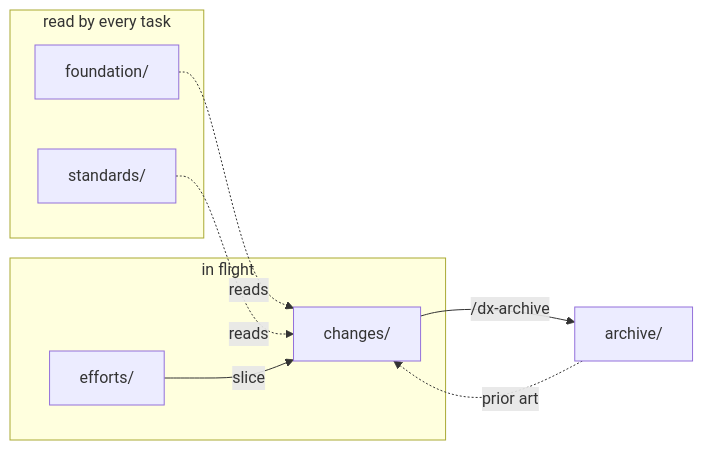
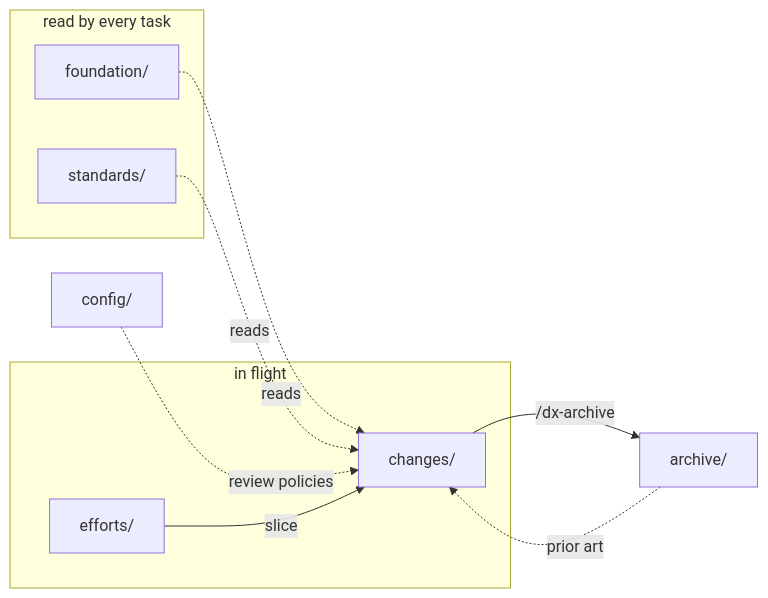
Before and after one commit to dikamilo/dx-workflow: the diagram in docs/explanation/directory-layout.md, drawn with Mermaid. The commit also changed other lines of this file and 70 other files, not shown here.

First line of the commit message:
Policy-driven review: /dx-review with built-in Policies (#25)

````diff
--- a/docs/explanation/directory-layout.md
+++ b/docs/explanation/directory-layout.md
@@ -104,17 +109,19 @@
 ```mermaid
 flowchart LR
   subgraph reference [read by every task]
     F[foundation/]
     S[standards/]
   end
+  W[config/]
   subgraph active [in flight]
     E[efforts/]
     C[changes/]
   end
   A[archive/]
   F -.reads.-> C
   S -.reads.-> C
+  W -.review policies.-> C
   E -->|slice| C
   C -->|/dx-archive| A
   A -.prior art.-> C
 ```
````
